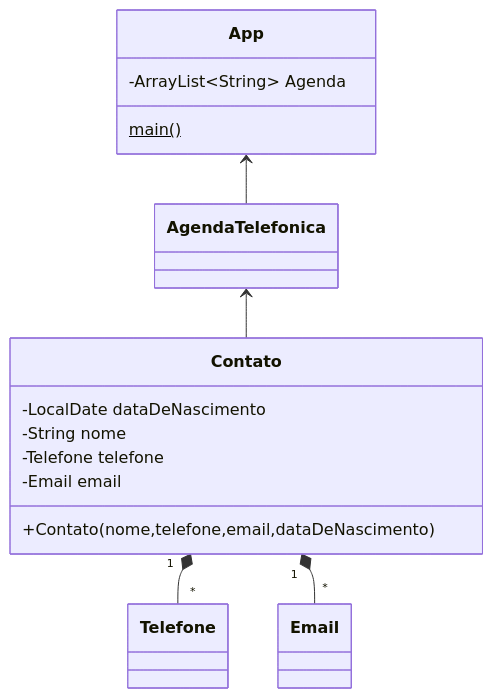
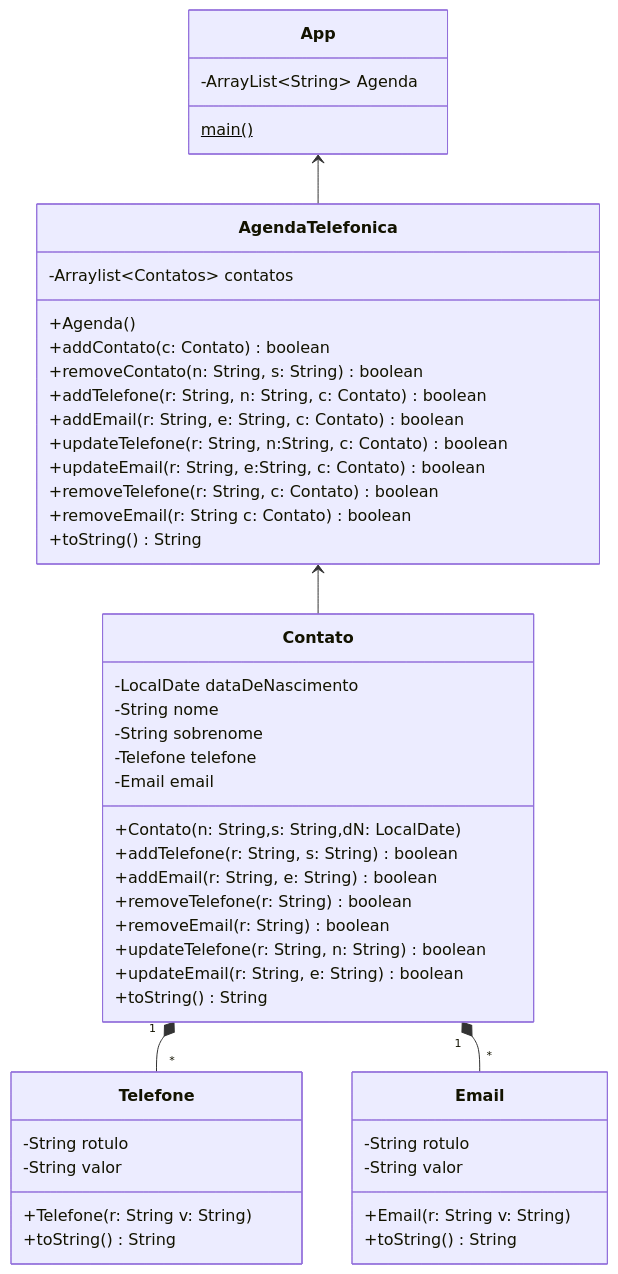
The diagram in aula17/README.md (apvillela/poo), drawn with Mermaid before and after one commit. The commit also changed 144 other files, not shown here.

````diff
--- a/aula17/README.md
+++ b/aula17/README.md
@@ -1,32 +1,65 @@
 ```mermaid
 
 classDiagram
 
 class App{
     -ArrayList~String~ Agenda
     main()$
 
 }
 
-class AgendaTelefonica
+class AgendaTelefonica{
+  -Arraylist~Contatos~ contatos
+  +Agenda()
+  +addContato(c: Contato) boolean
+  +removeContato(n: String, s: String) boolean
+  +addTelefone(r: String, n: String, c: Contato) boolean
+  +addEmail(r: String, e: String, c: Contato) boolean
+  +updateTelefone(r: String, n:String, c: Contato) boolean
+  +updateEmail(r: String, e:String, c: Contato) boolean
+  +removeTelefone(r: String, c: Contato) boolean
+  +removeEmail(r: String c: Contato) boolean
+  +toString() String
+}
 
 class Contato{
     -LocalDate dataDeNascimento
     -String nome
+    -String sobrenome
     -Telefone telefone
     -Email email
-    +Contato(nome,telefone,email,dataDeNascimento)
+    +Contato(n: String,s: String,dN: LocalDate)
+    +addTelefone(r: String, s: String) boolean
+    +addEmail(r: String, e: String) boolean
+    +removeTelefone(r: String) boolean
+    +removeEmail(r: String) boolean
+    +updateTelefone(r: String, n: String) boolean
+    +updateEmail(r: String, e: String) boolean
+    +toString() String
+
+
   }
 
-class Telefone
+class Telefone{
+  -String rotulo
+  -String valor
+  +Telefone(r: String v: String)
+  +toString() String
+
+}
+
 class Email{
+  -String rotulo
+  -String valor
+  +Email(r: String v: String)
+  +toString() String
     
 }
 App <-- AgendaTelefonica
 AgendaTelefonica <-- Contato
 
 
 Contato "1"*--"*" Telefone
 Contato "1"*--"*" Email
 
 ```
````
